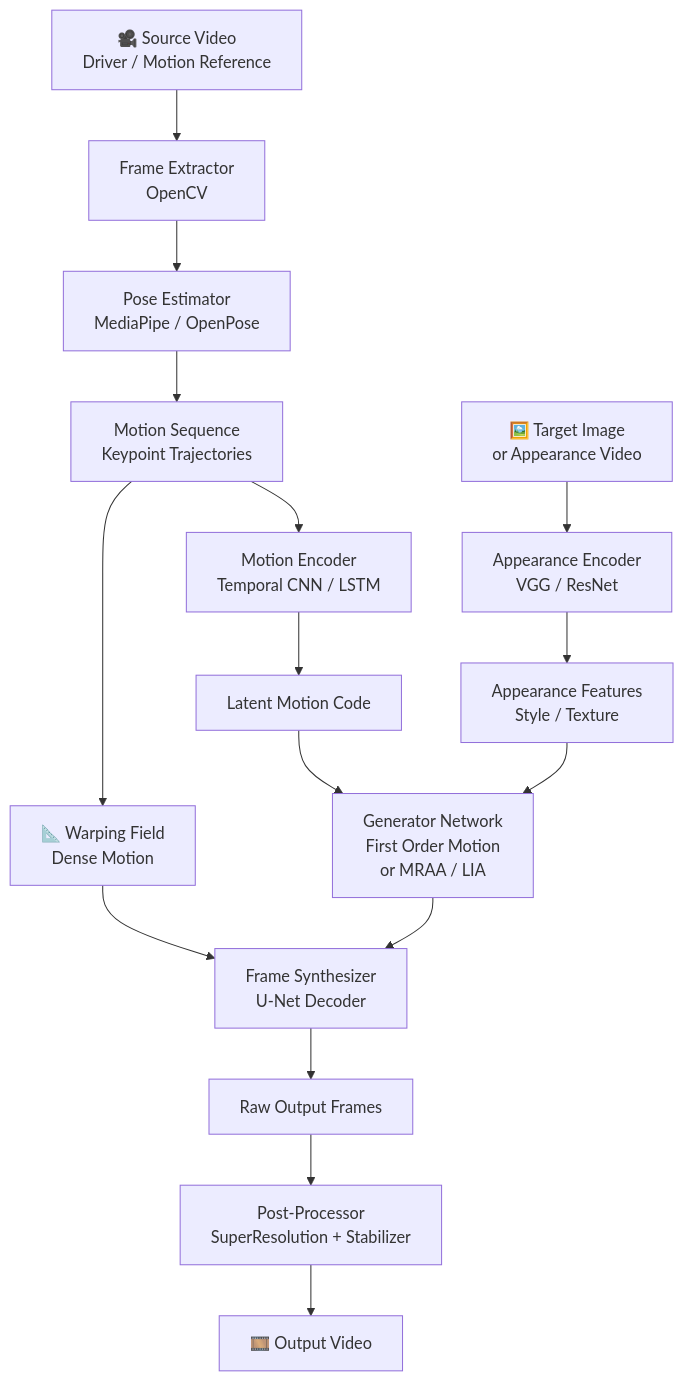
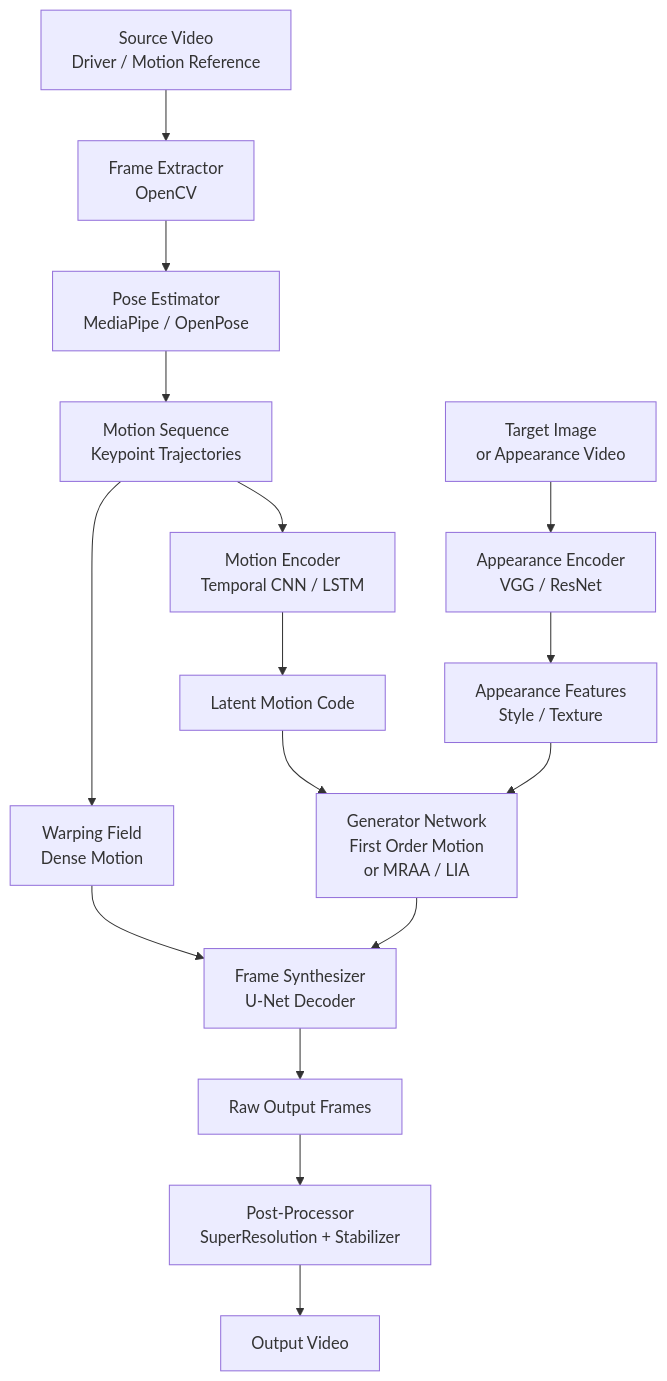
The diagram in README.md (jadfarhat-cell/motiontransfer), drawn with Mermaid before and after one commit. The commit also changed other lines of this file, not shown here.

````diff
--- a/README.md
+++ b/README.md
@@ -7,21 +7,21 @@
 ```mermaid
 flowchart TD
-    A[🎥 Source Video\nDriver / Motion Reference] --> B[Frame Extractor\nOpenCV]
-    B --> C[Pose Estimator\nMediaPipe / OpenPose]
-    C --> D[Motion Sequence\nKeypoint Trajectories]
-    D --> E[Motion Encoder\nTemporal CNN / LSTM]
-    E --> F[Latent Motion Code]
+ A[ Source Video\nDriver / Motion Reference] --> B[Frame Extractor\nOpenCV]
+ B --> C[Pose Estimator\nMediaPipe / OpenPose]
+ C --> D[Motion Sequence\nKeypoint Trajectories]
+ D --> E[Motion Encoder\nTemporal CNN / LSTM]
+ E --> F[Latent Motion Code]
 
-    G[🖼️ Target Image\nor Appearance Video] --> H[Appearance Encoder\nVGG / ResNet]
-    H --> I[Appearance Features\nStyle / Texture]
+ G[ Target Image\nor Appearance Video] --> H[Appearance Encoder\nVGG / ResNet]
+ H --> I[Appearance Features\nStyle / Texture]
 
-    F --> J[Generator Network\nFirst Order Motion\nor MRAA / LIA]
-    I --> J
-    J --> K[Frame Synthesizer\nU-Net Decoder]
-    K --> L[Raw Output Frames]
-    L --> M[Post-Processor\nSuperResolution + Stabilizer]
-    M --> N[🎞️ Output Video]
+ F --> J[Generator Network\nFirst Order Motion\nor MRAA / LIA]
+ I --> J
+ J --> K[Frame Synthesizer\nU-Net Decoder]
+ K --> L[Raw Output Frames]
+ L --> M[Post-Processor\nSuperResolution + Stabilizer]
+ M --> N[ Output Video]
 
-    O[📐 Warping Field\nDense Motion] --> K
-    D --> O
+ O[ Warping Field\nDense Motion] --> K
+ D --> O
 ```
````
